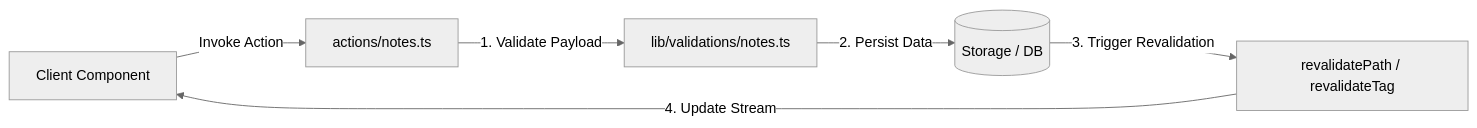
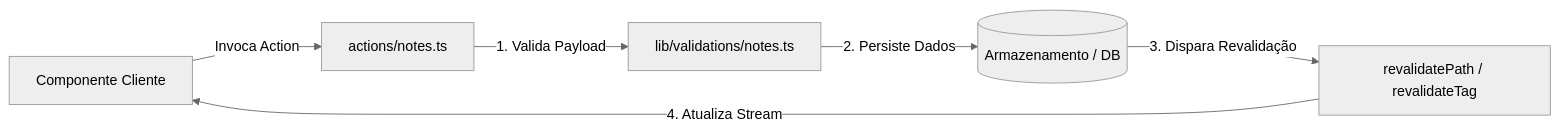
The second of 2 diagrams in docs/translations/pt-br/architecture/README.md (ianmaciel7/notes-app), drawn with Mermaid (neutral theme) before and after one commit. The commit also changed other lines of this file and 30 other files, not shown here.

Commit message:
docs: add architecture documentation, Portuguese translations, and agent resources

````diff
--- a/docs/translations/pt-br/architecture/README.md
+++ b/docs/translations/pt-br/architecture/README.md
@@ -121,8 +121,8 @@
 ```mermaid
 flowchart LR
-    ClientUI[Client Component] -->|Invoke Action| Action[actions/notes.ts]
-    Action -->|1. Validate Payload| Zod[lib/validations/notes.ts]
-    Zod -->|2. Persist Data| DB[(Storage / DB)]
-    DB -->|3. Trigger Revalidation| Cache[revalidatePath / revalidateTag]
-    Cache -->|4. Update Stream| ClientUI
+    ClientUI[Componente Cliente] -->|Invoca Action| Action[actions/notes.ts]
+    Action -->|1. Valida Payload| Zod[lib/validations/notes.ts]
+    Zod -->|2. Persiste Dados| DB[(Armazenamento / DB)]
+    DB -->|3. Dispara Revalidação| Cache[revalidatePath / revalidateTag]
+    Cache -->|4. Atualiza Stream| ClientUI
 ```
````
